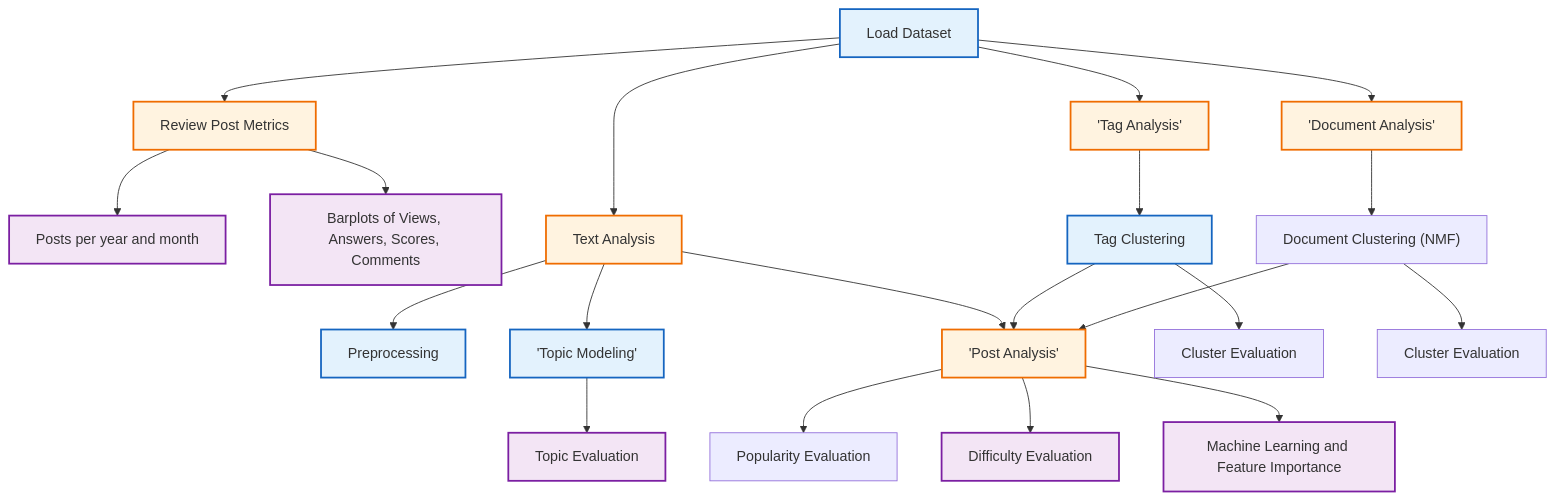
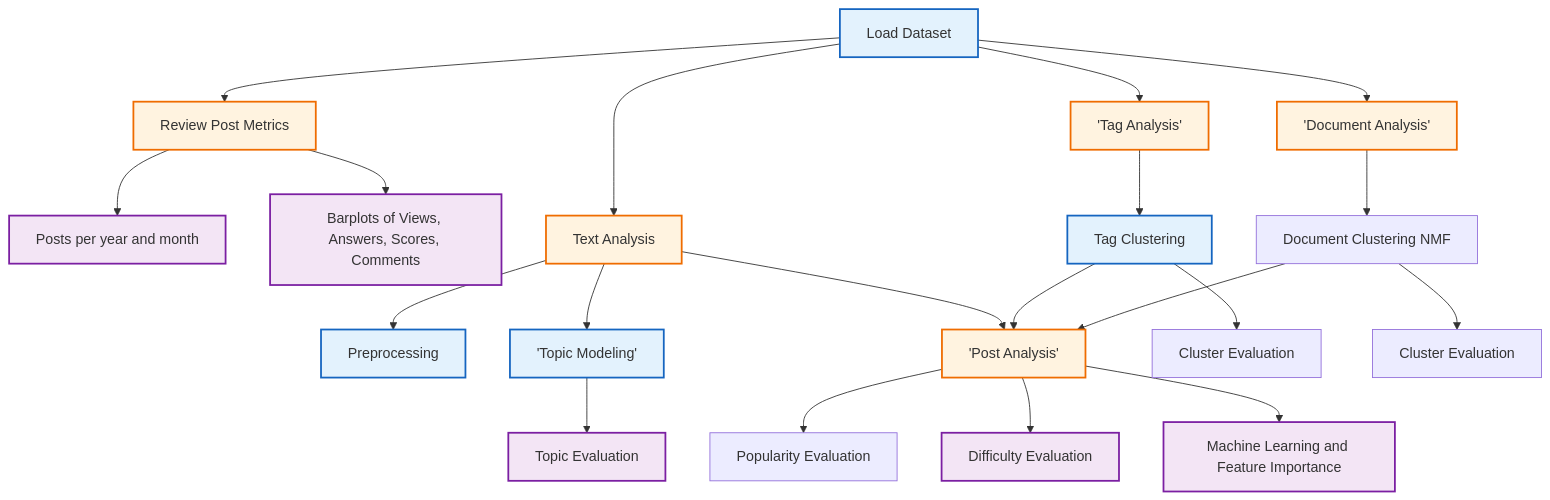
One commit to koncharman/Stack_exchange_questions_framework changed the diagram in README.md. Above: the diagram before and after it, drawn with Mermaid.

````diff
--- a/README.md
+++ b/README.md
@@ -25,37 +25,37 @@
 ```mermaid
 flowchart TD
     LD["Load Dataset"]
     LD --> RPM["Review Post Metrics"]
     
     RPM --> RPM_P["Posts per year and month"]
     RPM --> RPM_B["Barplots of Views, Answers, Scores, Comments"]
     
     LD --> TXT["Text Analysis"]
     TXT --> TXT_P["Preprocessing"]
     TXT --> TXT_T['Topic Modeling']
     TXT_T --> TXT_E["Topic Evaluation"]
     TXT --> PO['Post Analysis']
     
     LD --> TAG['Tag Analysis']
     TAG --> TAG_C["Tag Clustering"]
     TAG_C --> TAG_E["Cluster Evaluation"]
     TAG_C --> PO
     
     LD --> DC['Document Analysis']
-    DC --> DC_C["Document Clustering (NMF)"]
+    DC --> DC_C["Document Clustering NMF"]
     DC_C --> DC_E["Cluster Evaluation"]
     DC_C --> PO
     
     PO --> POP["Popularity Evaluation"]
     PO --> DIF["Difficulty Evaluation"]
     PO --> FET["Machine Learning and Feature Importance"]
     
     classDef in fill:#e3f2fd,stroke:#1565c0,stroke-width:2px;
     classDef out fill:#f3e5f5,stroke:#7b1fa2,stroke-width:2px;
     classDef sel fill:#fff3e0,stroke:#ef6c00,stroke-width:2px;
 
     class LD,TXT_P,TXT_T,TAG_C,DC in;
     class RPM_P,RPM_B,PO,DIF,FET,TXT_E,_TAG_E,DOC_E out;
     class RPM,TXT,PO,TAG,DC sel;
 
 ```
````
